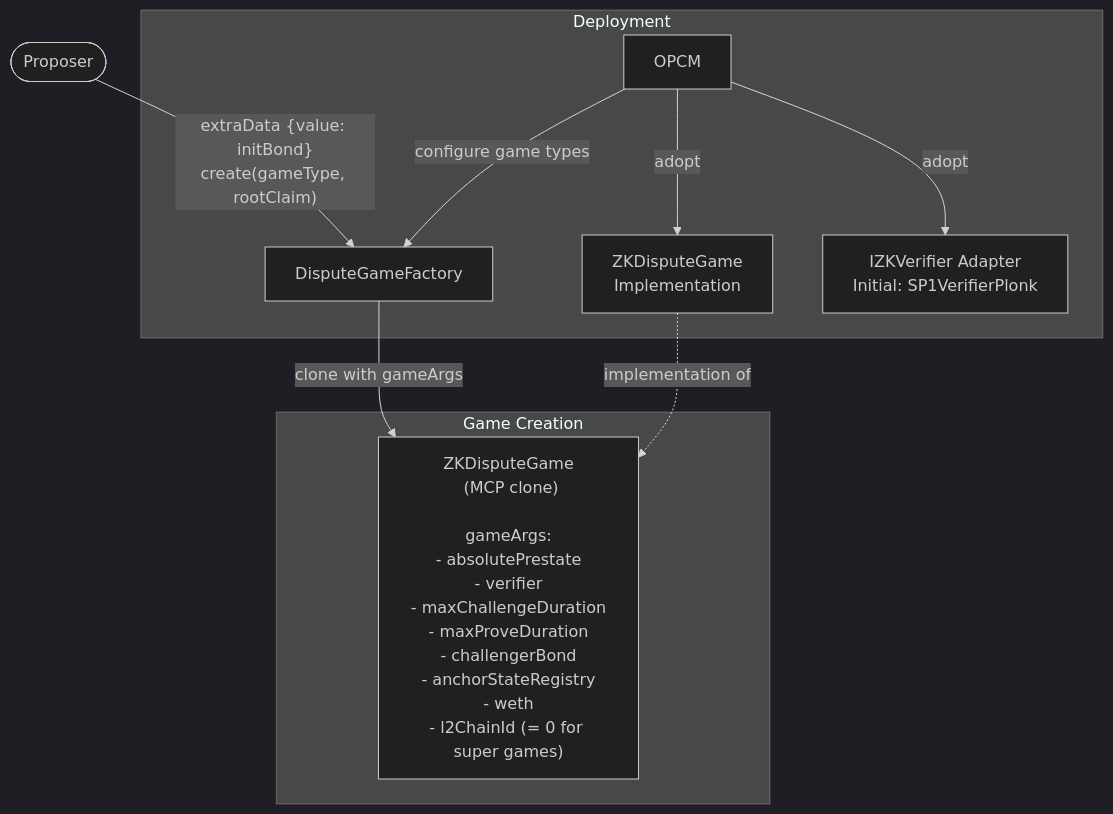
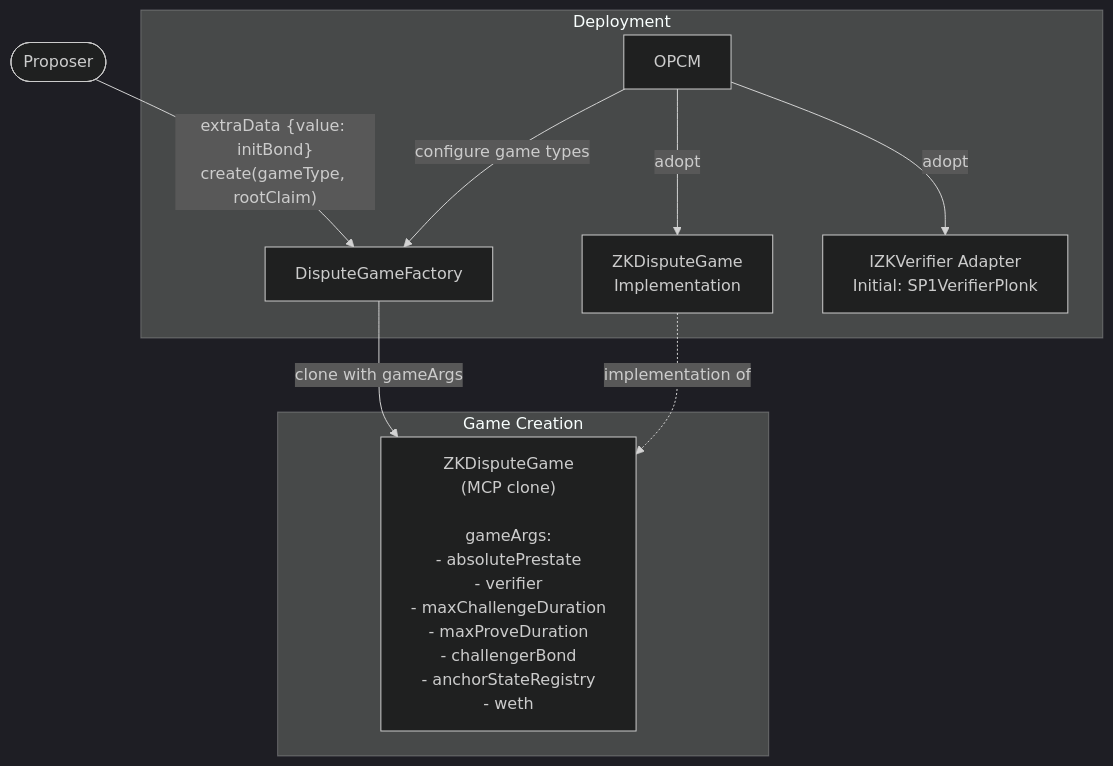
Before and after one commit to ethereum-optimism/design-docs: the first of 4 diagrams in protocol/proofs/zk-dispute-game.md, drawn with Mermaid (dark theme). The commit also changed other lines of this file, not shown here.

Commit message:
fix: update doc to reflect l2chainid removal and clear l2SequenceNumber integration with the superroot proof

````diff
--- a/protocol/proofs/zk-dispute-game.md
+++ b/protocol/proofs/zk-dispute-game.md
@@ -58,23 +58,23 @@
 ```mermaid
 graph TB
     subgraph Deployment
         OPCM[OPCM]
         ZKImpl[ZKDisputeGame<br/>Implementation]
         DGF[DisputeGameFactory]
         Verifier[IZKVerifier Adapter<br/>Initial: SP1VerifierPlonk]
         
         OPCM -->|adopt| ZKImpl
         OPCM -->|"configure game types"| DGF
         OPCM -->|adopt| Verifier
     end
     
     subgraph Game Creation
-        ZKClone["ZKDisputeGame<br/> (MCP clone)<br/><br/>gameArgs:<br/>- absolutePrestate<br/>- verifier<br/>- maxChallengeDuration<br/>- maxProveDuration<br/>- challengerBond<br/>- anchorStateRegistry<br/>- weth<br/>- l2ChainId (= 0 for super games)"]
+        ZKClone["ZKDisputeGame<br/> (MCP clone)<br/><br/>gameArgs:<br/>- absolutePrestate<br/>- verifier<br/>- maxChallengeDuration<br/>- maxProveDuration<br/>- challengerBond<br/>- anchorStateRegistry<br/>- weth"]
         
         ZKImpl -.->|implementation of| ZKClone
         DGF -->|clone with gameArgs| ZKClone
     end
     
     Proposer([Proposer])
     Proposer -->|"extraData {value: initBond}<br/>create(gameType, rootClaim)"| DGF
 ```
````
